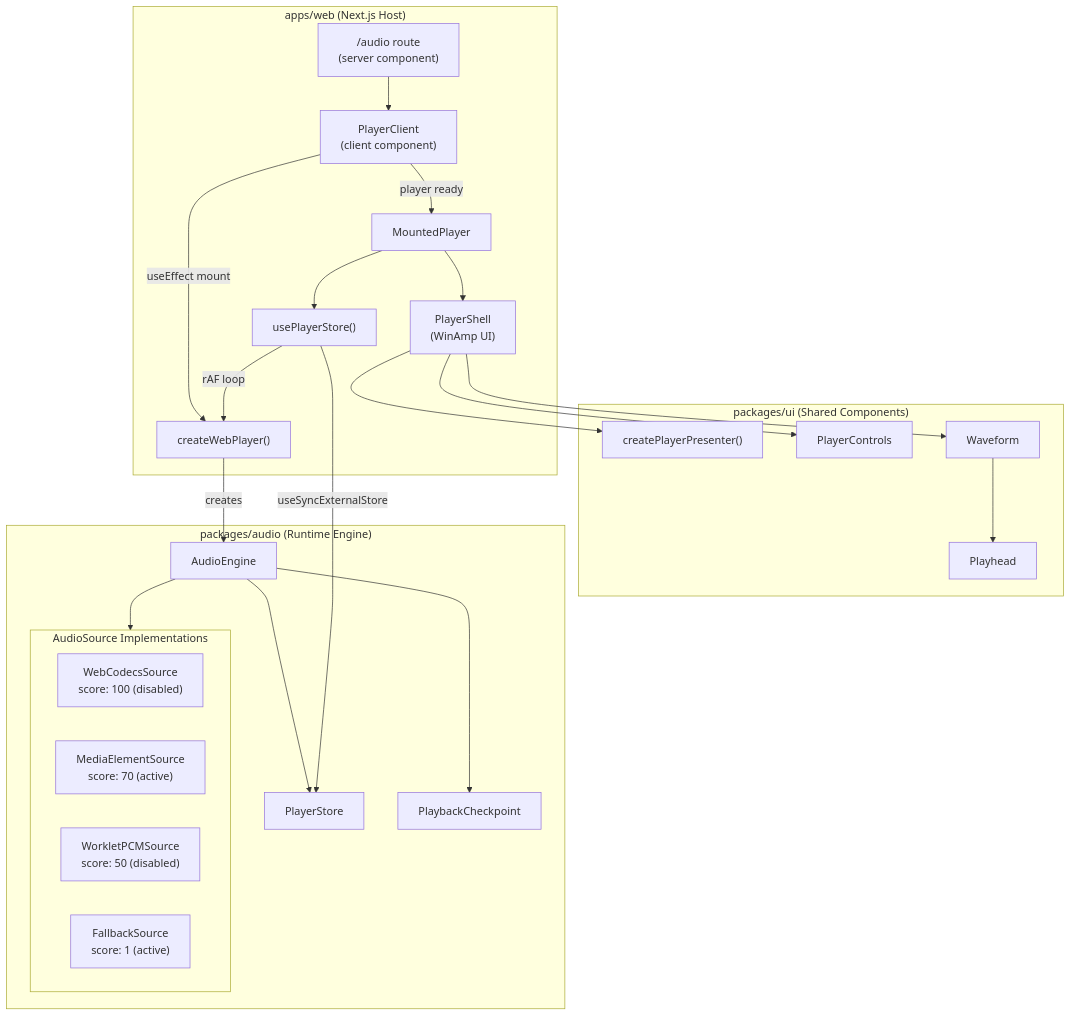
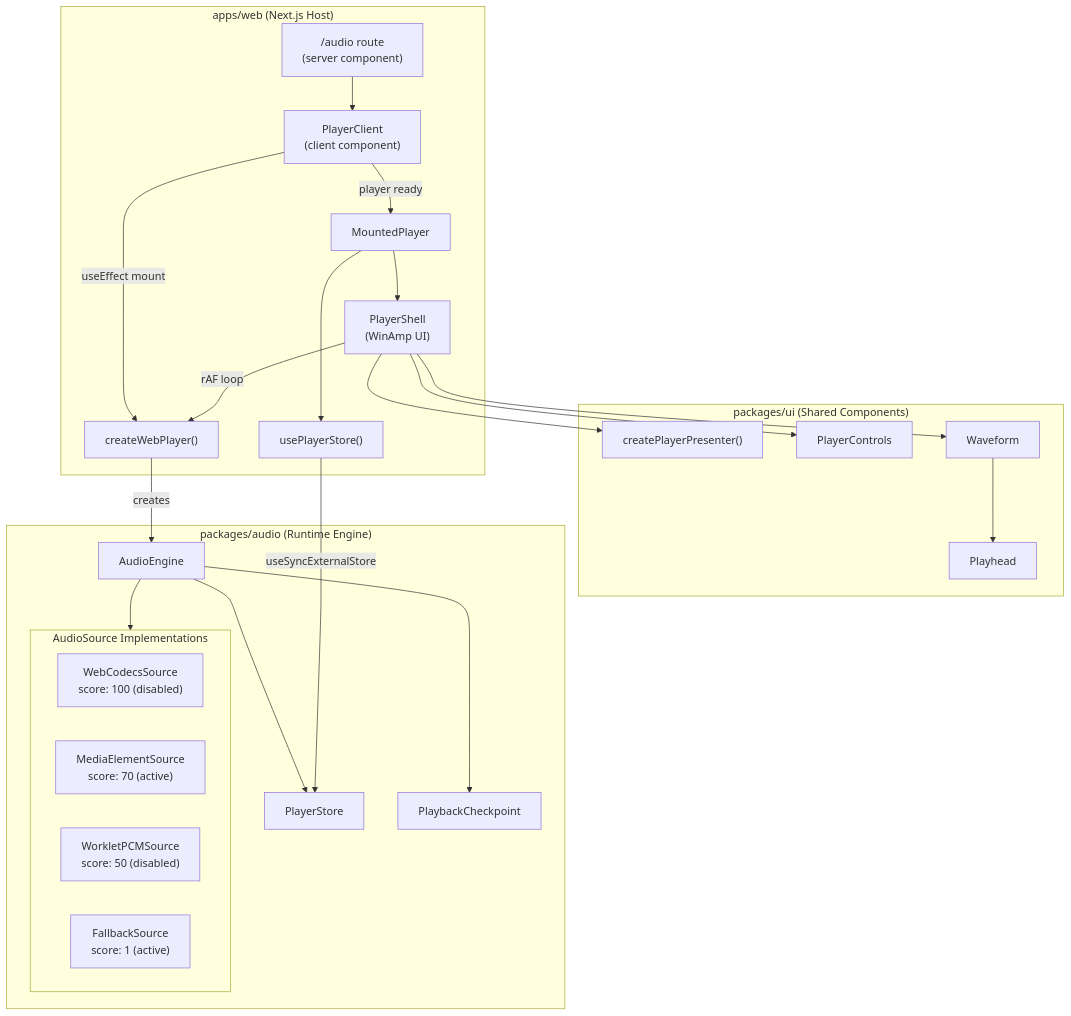
The first of 4 diagrams in docs/diagrams/2026-03-10-web-audio-player-architecture.md (kalynbeach/kkb), drawn with Mermaid before and after one commit. The commit also changed other lines of this file and 18 other files, not shown here.

````diff
--- a/docs/diagrams/2026-03-10-web-audio-player-architecture.md
+++ b/docs/diagrams/2026-03-10-web-audio-player-architecture.md
@@ -9,50 +9,50 @@
 ```mermaid
 flowchart TB
     subgraph Web["apps/web (Next.js Host)"]
         Route["/audio route<br/>(server component)"]
         PC["PlayerClient<br/>(client component)"]
         MS["MountedPlayer"]
         PS["PlayerShell<br/>(WinAmp UI)"]
         CWP["createWebPlayer()"]
         UPS["usePlayerStore()"]
 
         Route --> PC
         PC -->|"useEffect mount"| CWP
         PC -->|"player ready"| MS
         MS --> UPS
         MS --> PS
     end
 
     subgraph UI["packages/ui (Shared Components)"]
         Presenter["createPlayerPresenter()"]
         Controls["PlayerControls"]
         Waveform["Waveform"]
         Playhead["Playhead"]
 
         Waveform --> Playhead
     end
 
     subgraph Audio["packages/audio (Runtime Engine)"]
         Engine["AudioEngine"]
         Store["PlayerStore"]
         Checkpoint["PlaybackCheckpoint"]
 
         subgraph Sources["AudioSource Implementations"]
             WCS["WebCodecsSource<br/>score: 100 (disabled)"]
             MES["MediaElementSource<br/>score: 70 (active)"]
             WPS["WorkletPCMSource<br/>score: 50 (disabled)"]
             FS["FallbackSource<br/>score: 1 (active)"]
         end
 
         Engine --> Store
         Engine --> Checkpoint
         Engine --> Sources
     end
 
     CWP -->|"creates"| Engine
     UPS -->|"useSyncExternalStore"| Store
-    UPS -->|"rAF loop"| CWP
+    PS -->|"rAF loop"| CWP
     PS --> Presenter
     PS --> Controls
     PS --> Waveform
 ```
````
